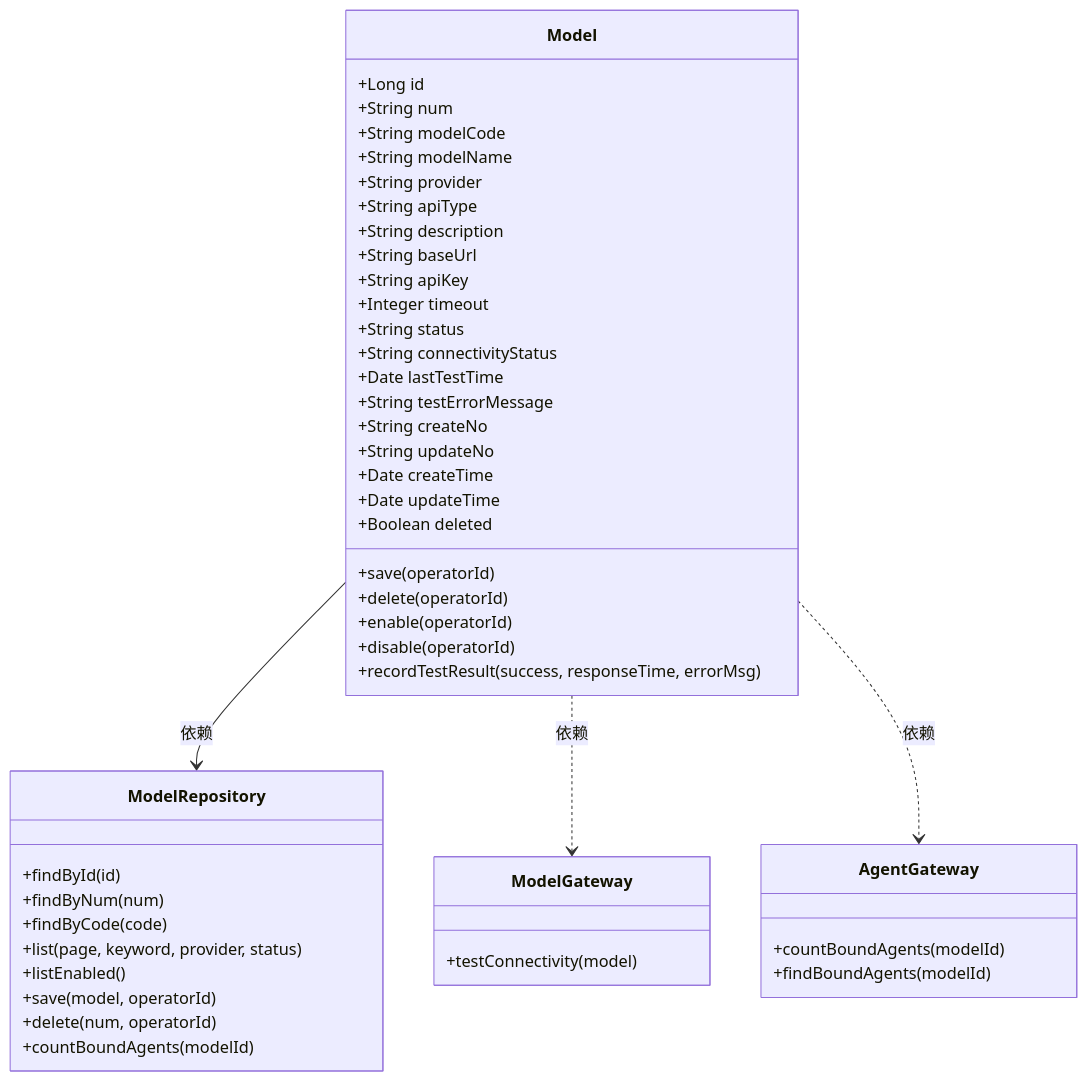
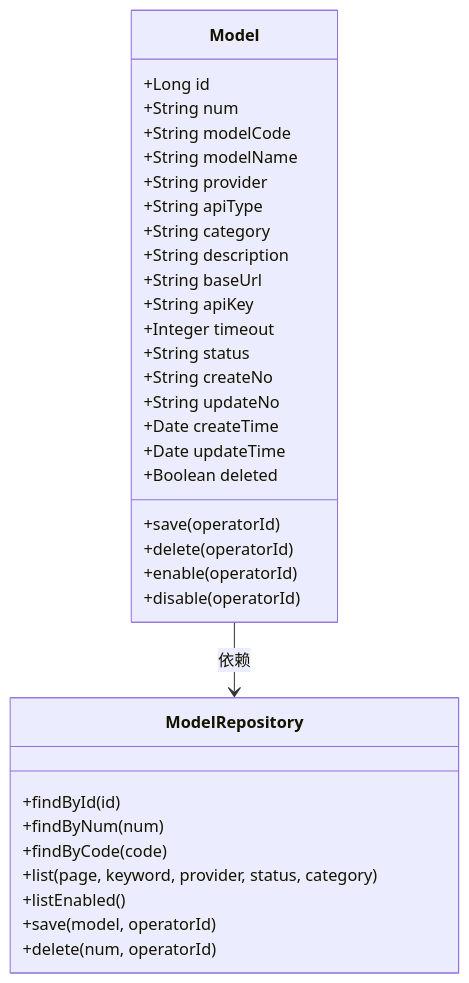
Before and after one commit to garry-wjl/GAgentManager: the first of 21 diagrams in doc/技术方案/2026-05-15_模型管理-技术方案.md, drawn with Mermaid. The commit also changed other lines of this file and 14 other files, not shown here.

````diff
--- a/doc/技术方案/2026-05-15_模型管理-技术方案.md
+++ b/doc/技术方案/2026-05-15_模型管理-技术方案.md
@@ -74,53 +71,38 @@
 ```mermaid
 classDiagram
     class Model {
         +Long id
         +String num
         +String modelCode
         +String modelName
         +String provider
         +String apiType
+        +String category
         +String description
         +String baseUrl
         +String apiKey
         +Integer timeout
         +String status
-        +String connectivityStatus
-        +Date lastTestTime
-        +String testErrorMessage
         +String createNo
         +String updateNo
         +Date createTime
         +Date updateTime
         +Boolean deleted
         +save(operatorId)
         +delete(operatorId)
         +enable(operatorId)
         +disable(operatorId)
-        +recordTestResult(success, responseTime, errorMsg)
     }
 
     class ModelRepository {
         +findById(id)
         +findByNum(num)
         +findByCode(code)
-        +list(page, keyword, provider, status)
+        +list(page, keyword, provider, status, category)
         +listEnabled()
         +save(model, operatorId)
         +delete(num, operatorId)
-        +countBoundAgents(modelId)
-    }
-
-    class ModelGateway {
-        +testConnectivity(model)
-    }
-
-    class AgentGateway {
-        +countBoundAgents(modelId)
-        +findBoundAgents(modelId)
     }
 
     Model --> ModelRepository : 依赖
-    Model ..> ModelGateway : 依赖
-    Model ..> AgentGateway : 依赖
 ```
````
